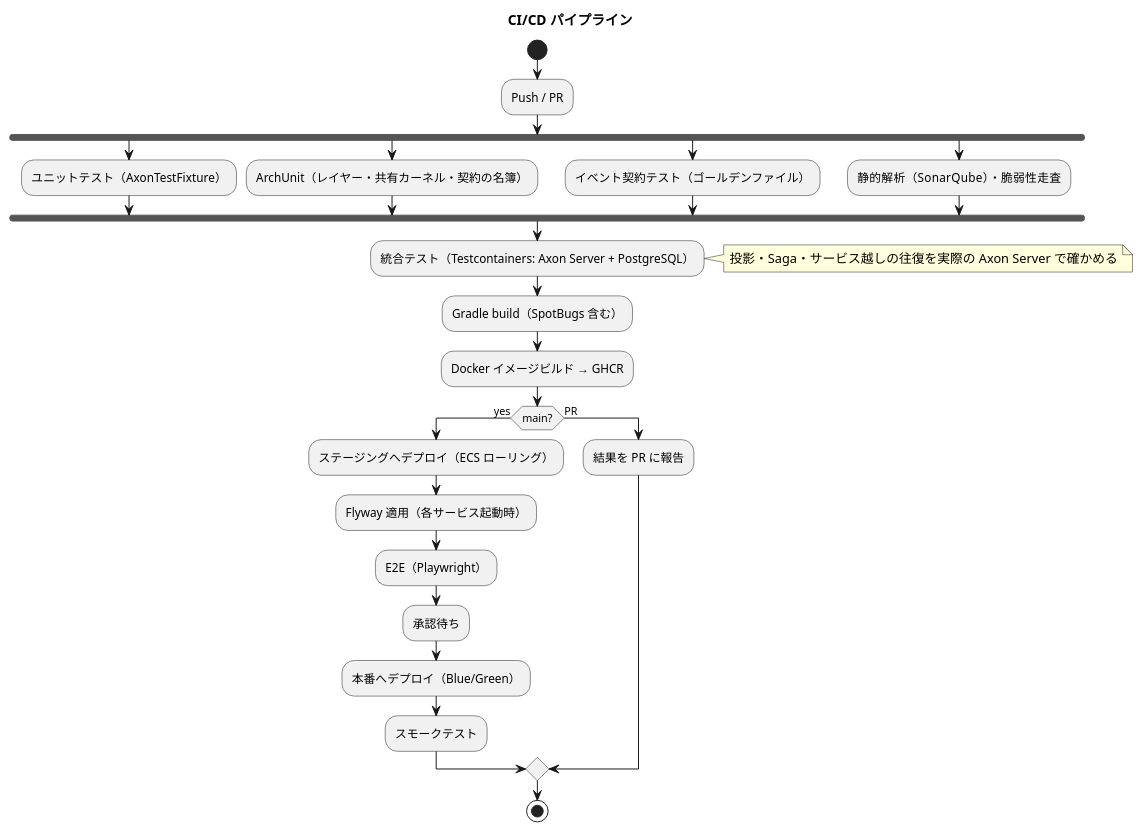
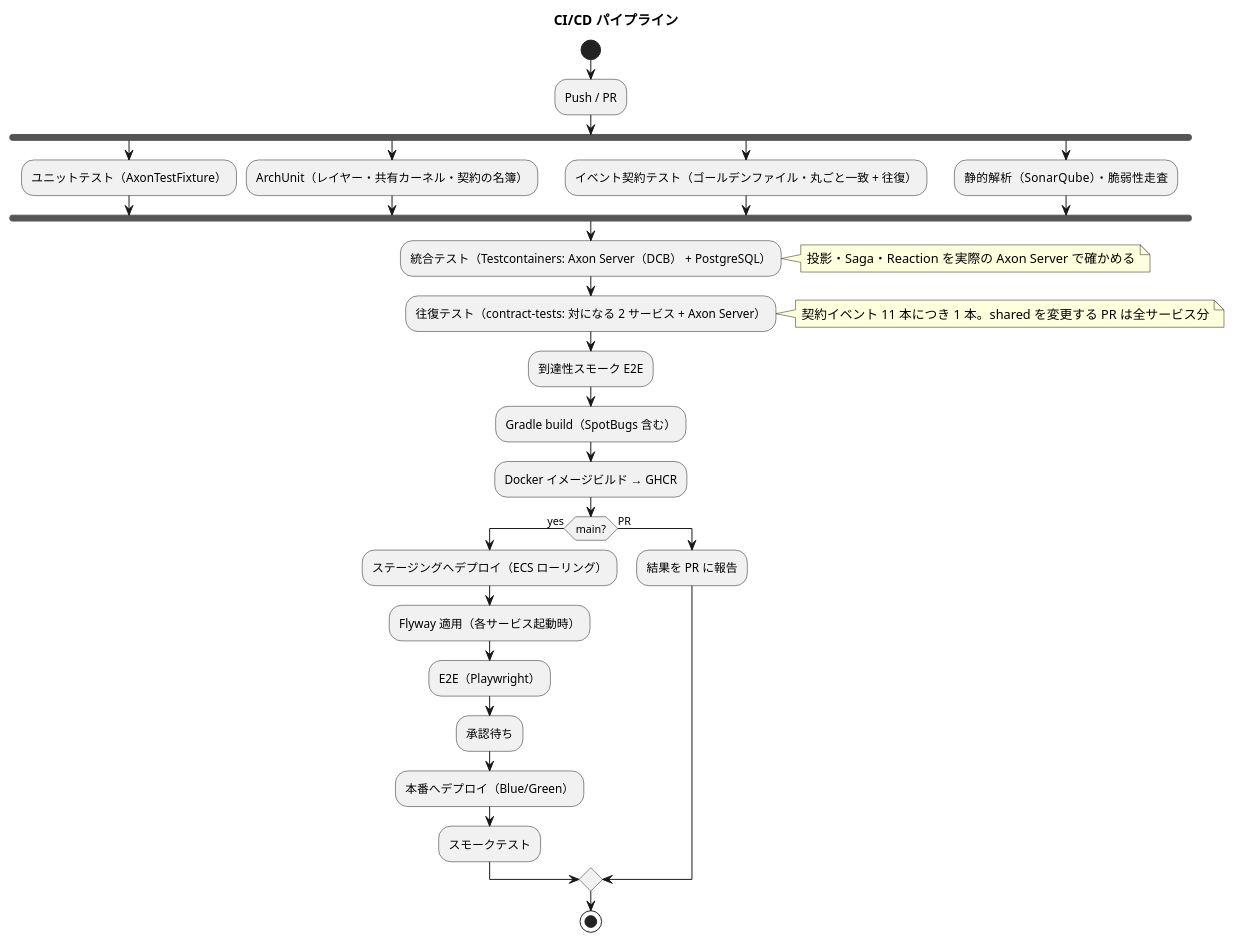
One commit to k2works/case-study-cargo-tracker changed the second of 2 diagrams in docs/design/cargo-tracker/architecture_infrastructure.md. Above: the diagram before and after it, drawn with PlantUML. The commit also changed other lines of this file and 18 other files, not shown here.

````diff
--- a/docs/design/cargo-tracker/architecture_infrastructure.md
+++ b/docs/design/cargo-tracker/architecture_infrastructure.md
@@ -194,31 +199,34 @@
 ```plantuml
 @startuml
 title CI/CD パイプライン
 start
 :Push / PR;
 fork
   :ユニットテスト（AxonTestFixture）;
 fork again
   :ArchUnit（レイヤー・共有カーネル・契約の名簿）;
 fork again
-  :イベント契約テスト（ゴールデンファイル）;
+  :イベント契約テスト（ゴールデンファイル・丸ごと一致 + 往復）;
 fork again
   :静的解析（SonarQube）・脆弱性走査;
 end fork
-:統合テスト（Testcontainers: Axon Server + PostgreSQL）;
-note right : 投影・Saga・サービス越しの往復を実際の Axon Server で確かめる
+:統合テスト（Testcontainers: Axon Server（DCB） + PostgreSQL）;
+note right : 投影・Saga・Reaction を実際の Axon Server で確かめる
+:往復テスト（contract-tests: 対になる 2 サービス + Axon Server）;
+note right : 契約イベント 11 本につき 1 本。shared を変更する PR は全サービス分
+:到達性スモーク E2E;
 :Gradle build（SpotBugs 含む）;
 :Docker イメージビルド → GHCR;
 if (main?) then (yes)
   :ステージングへデプロイ（ECS ローリング）;
   :Flyway 適用（各サービス起動時）;
   :E2E（Playwright）;
   :承認待ち;
   :本番へデプロイ（Blue/Green）;
   :スモークテスト;
 else (PR)
   :結果を PR に報告;
 endif
 stop
 @enduml
 ```
````
